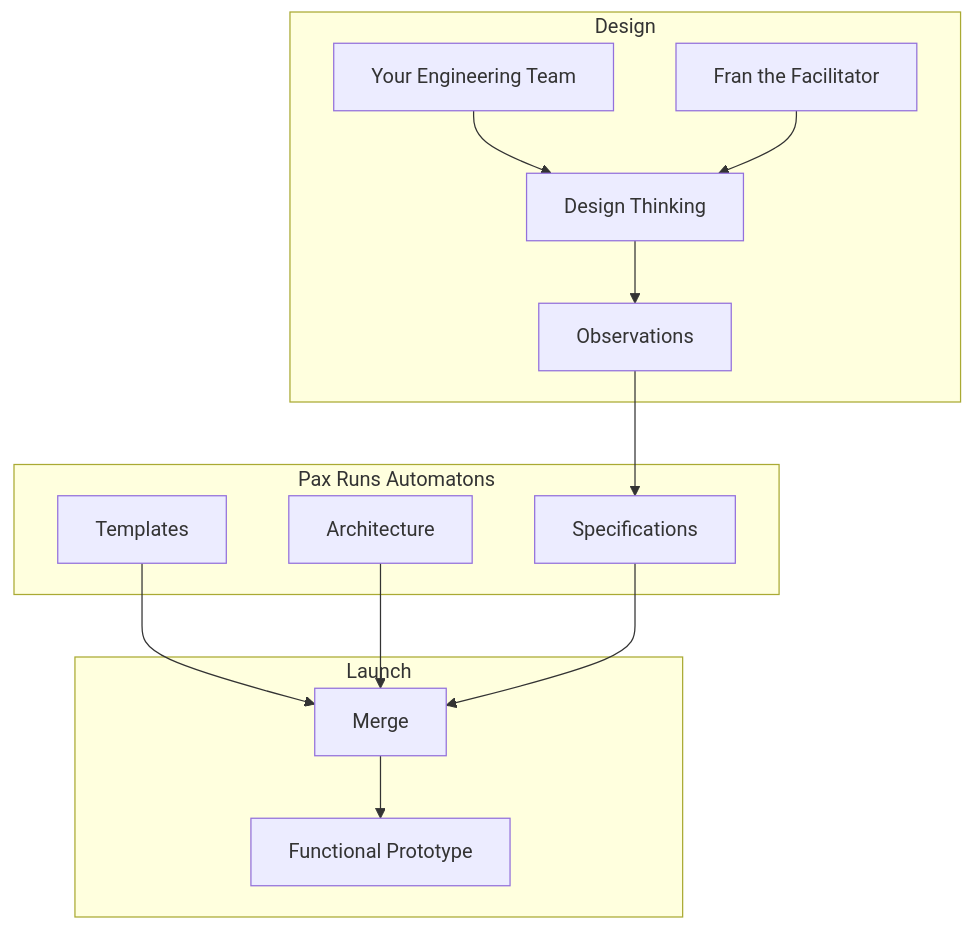
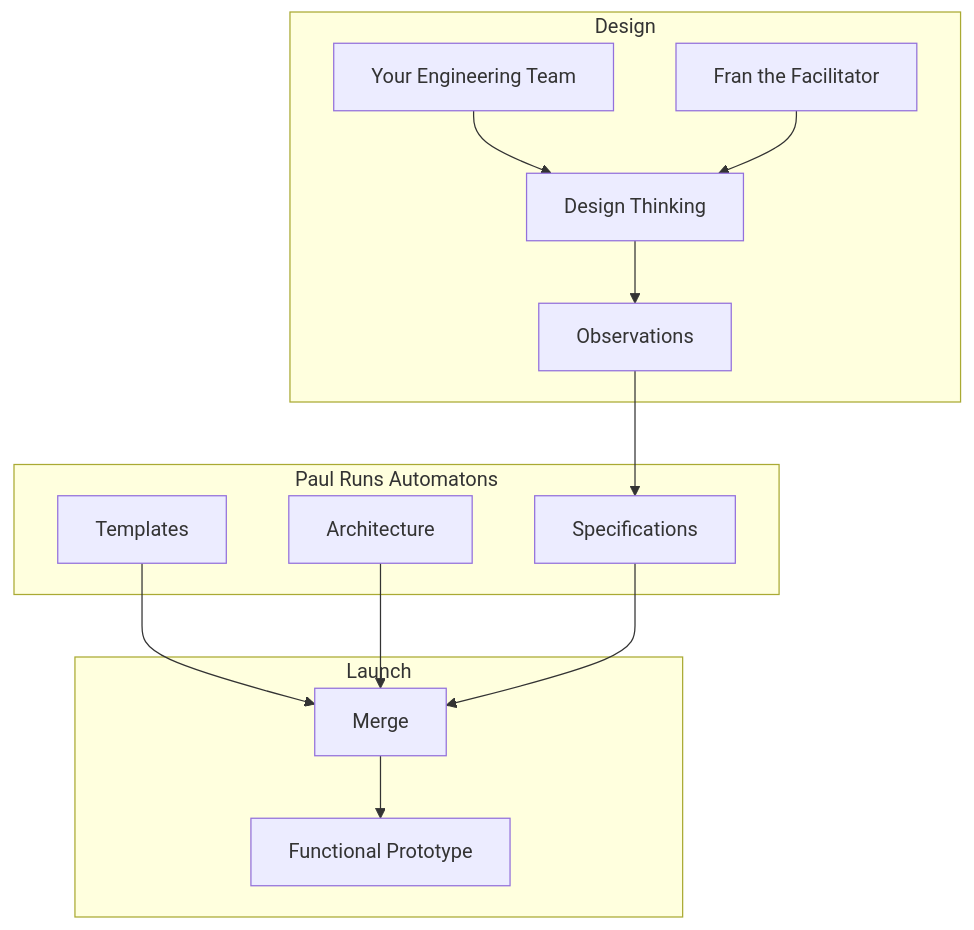
Before and after one commit to agile-learning-institute/stage0: the diagram in bots/LAUNCH.md, drawn with Mermaid. The commit also changed other lines of this file, not shown here.

````diff
--- a/bots/LAUNCH.md
+++ b/bots/LAUNCH.md
@@ -4,31 +4,31 @@
 ```mermaid
 graph TD
     %% Nodes
     C[Your Engineering Team] --> D[Design Thinking]
     F[Fran the Facilitator] --> D
     D --> O[Observations]
     T[Templates] --> M[Merge]
     B[Architecture] --> M
     S[Specifications] --> M
     M --> P[Functional Prototype]
     O --> S
 
     %% Box Groups
     subgraph Design
         C
         D
         F
         O
     end
 
-    subgraph Pax Runs Automatons
+    subgraph Paul Runs Automatons
         T
         B
         S
     end
 
     subgraph Launch
         M
         P
     end
 ```
````
